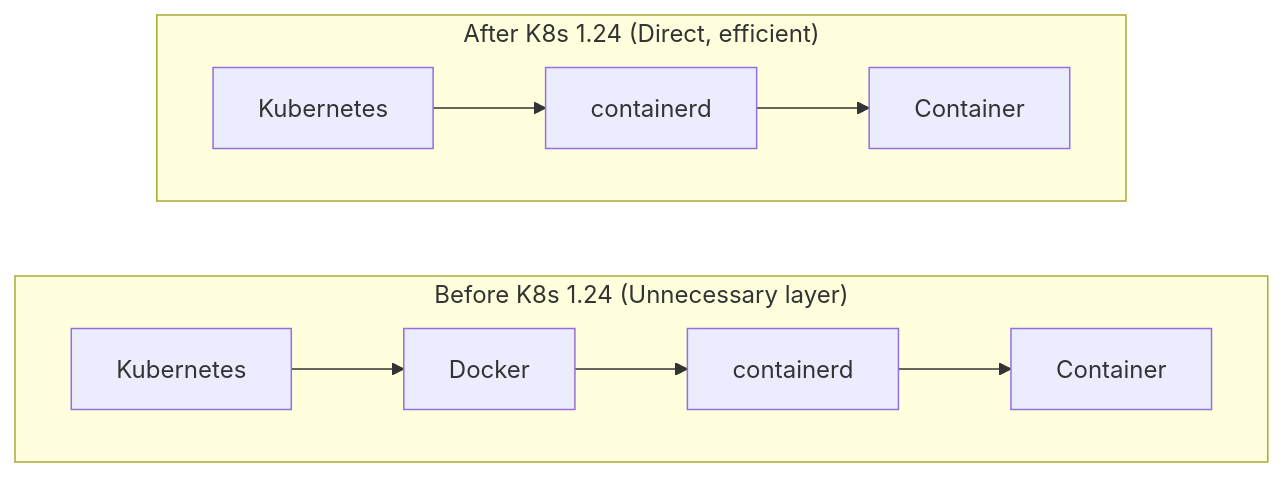
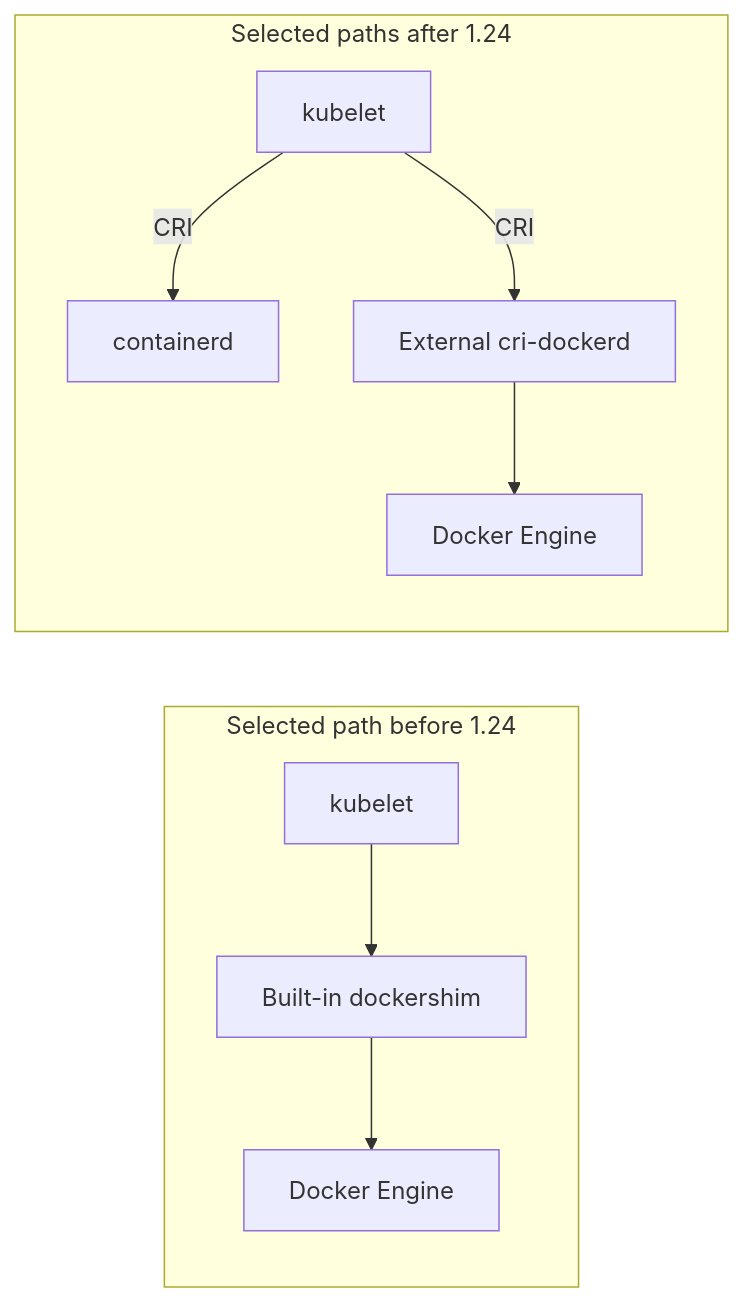
Before and after one commit to kube-dojo/kube-dojo.github.io: the fourth of 6 diagrams in src/content/docs/prerequisites/philosophy-design/module-1.4-dead-ends.md, drawn with Mermaid. The commit also changed other lines of this file and 3 other files, not shown here.

````diff
--- a/src/content/docs/prerequisites/philosophy-design/module-1.4-dead-ends.md
+++ b/src/content/docs/prerequisites/philosophy-design/module-1.4-dead-ends.md
@@ -144,15 +143,10 @@
 ```mermaid
 flowchart LR
-    subgraph Before ["Before K8s 1.24 (Unnecessary layer)"]
-        direction LR
-        K1[Kubernetes] --> D[Docker]
-        D --> C1[containerd]
-        C1 --> W1[Container]
+    subgraph Before ["Selected path before 1.24"]
+        K1[kubelet] --> S[Built-in dockershim] --> D1[Docker Engine]
     end
-    
-    subgraph After ["After K8s 1.24 (Direct, efficient)"]
-        direction LR
-        K2[Kubernetes] --> C2[containerd]
-        C2 --> W2[Container]
+    subgraph After ["Selected paths after 1.24"]
+        K2[kubelet] -->|CRI| C[containerd]
+        K2 -->|CRI| A[External cri-dockerd] --> D2[Docker Engine]
     end
 ```
````
